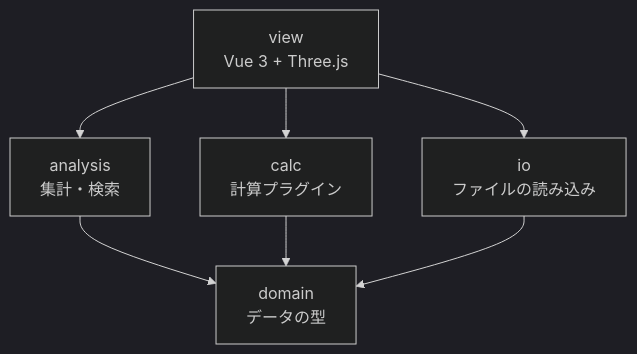
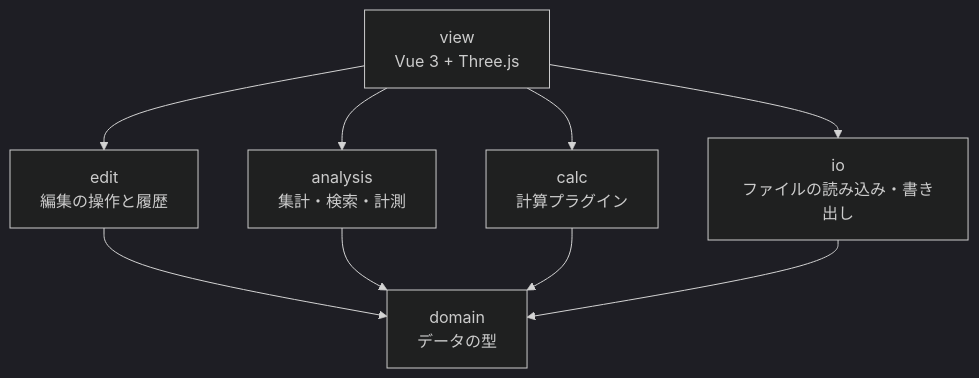
Before and after one commit to P0ngCh4ng/MineCircuit: the diagram in docs/design.md, drawn with Mermaid (dark theme). The commit also changed other lines of this file and 2 other files, not shown here.

````diff
--- a/docs/design.md
+++ b/docs/design.md
@@ -19,14 +20,17 @@
 ```mermaid
 flowchart TB
     view["view<br/>Vue 3 + Three.js"]
-    analysis["analysis<br/>集計・検索"]
+    edit["edit<br/>編集の操作と履歴"]
+    analysis["analysis<br/>集計・検索・計測"]
     calc["calc<br/>計算プラグイン"]
-    io["io<br/>ファイルの読み込み"]
+    io["io<br/>ファイルの読み込み・書き出し"]
     domain["domain<br/>データの型"]
+    view --> edit
     view --> analysis
     view --> calc
     view --> io
+    edit --> domain
     analysis --> domain
     calc --> domain
     io --> domain
 ```
````
